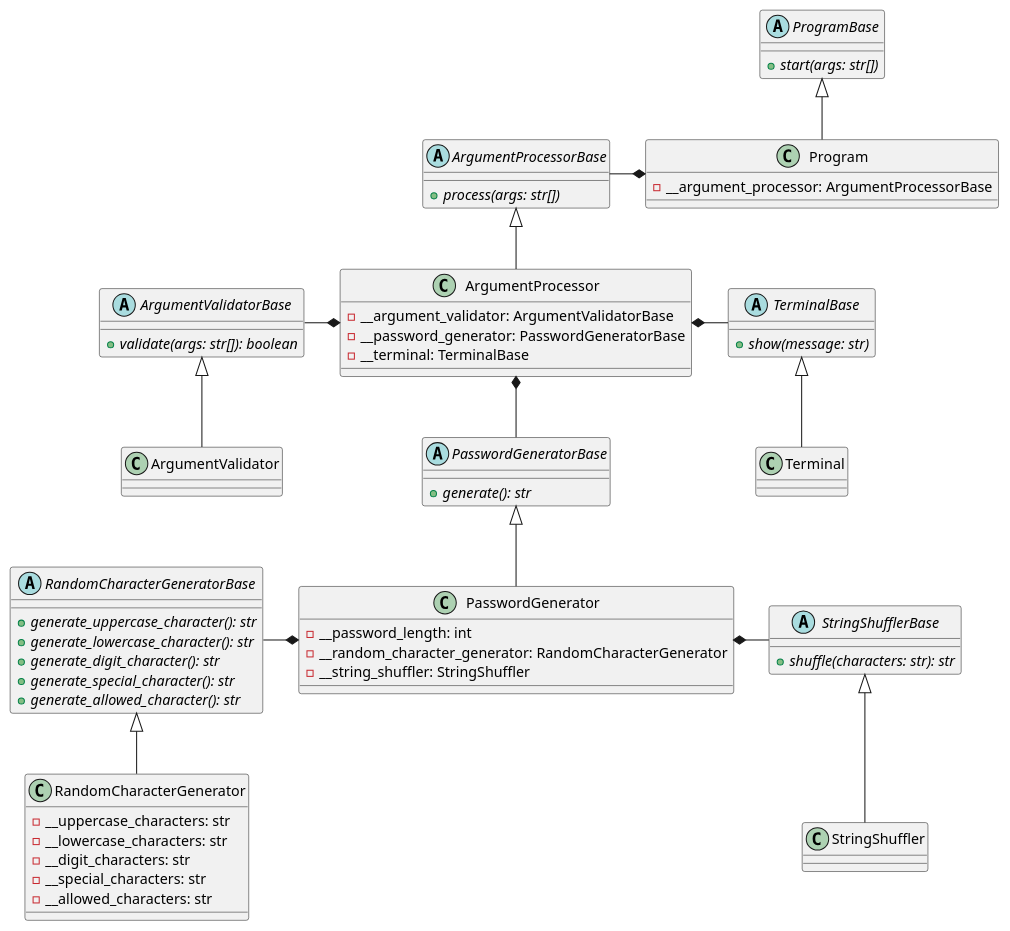
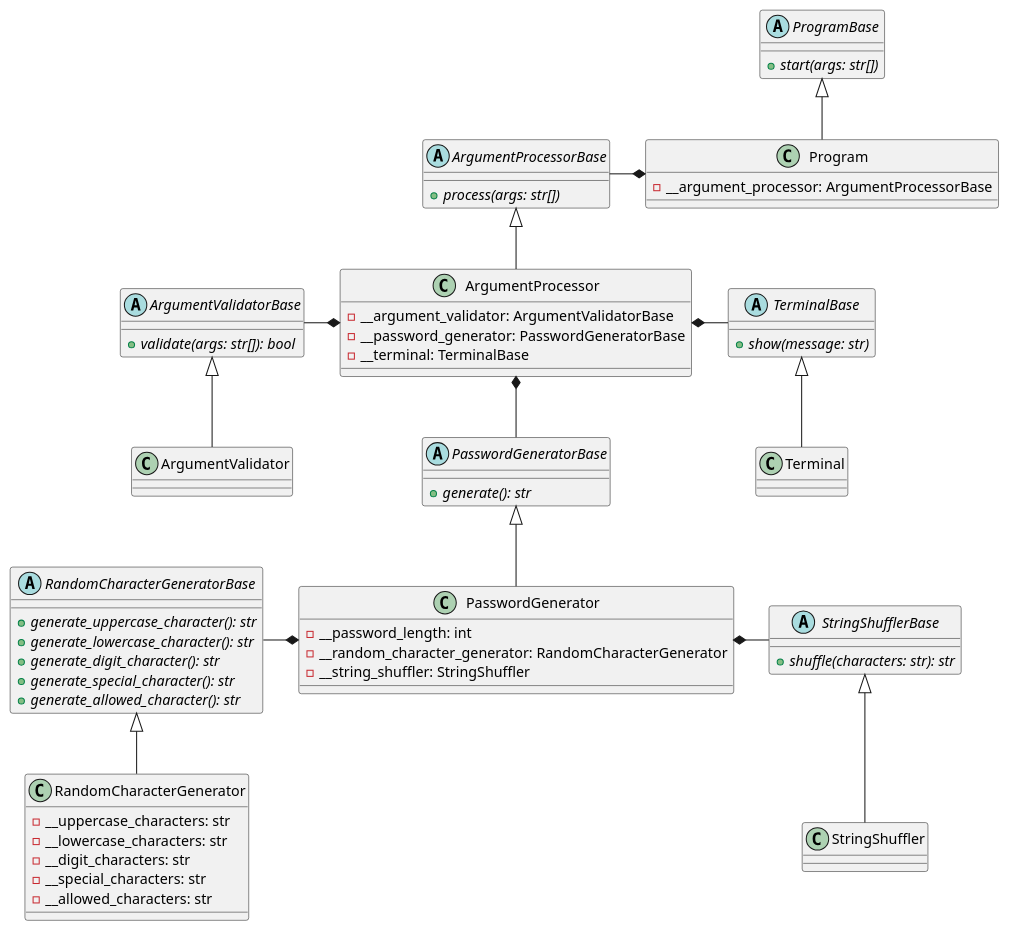
Before and after one commit to djvelimir/demo-python-cli: the diagram in diagrams/Class.puml, drawn with PlantUML.

Commit message:
Rename boolean type in class diagram

```diff
--- a/diagrams/Class.puml
+++ b/diagrams/Class.puml
@@ -1,83 +1,83 @@
 @startuml class
 abstract class ProgramBase {
     + {abstract} start(args: str[])
 }
 
 class Program {
     - __argument_processor: ArgumentProcessorBase
 }
 
 abstract class ArgumentValidatorBase {
-    + {abstract} validate(args: str[]): boolean
+    + {abstract} validate(args: str[]): bool
 }
 
 class ArgumentValidator {
 }
 
 abstract class ArgumentProcessorBase {
     + {abstract} process(args: str[])
 }
 
 class ArgumentProcessor {
     - __argument_validator: ArgumentValidatorBase
     - __password_generator: PasswordGeneratorBase
     - __terminal: TerminalBase
 }
 
 abstract class TerminalBase {
     + {abstract} show(message: str)
 }
 
 class Terminal {
 }
 
 abstract class PasswordGeneratorBase {
     + {abstract} generate(): str
 }
 
 class PasswordGenerator {
     - __password_length: int
     - __random_character_generator: RandomCharacterGenerator
     - __string_shuffler: StringShuffler
 }
 
 abstract class RandomCharacterGeneratorBase {
     + {abstract} generate_uppercase_character(): str
     + {abstract} generate_lowercase_character(): str
     + {abstract} generate_digit_character(): str
     + {abstract} generate_special_character(): str
     + {abstract} generate_allowed_character(): str
 }
 
 class RandomCharacterGenerator {
     - __uppercase_characters: str
     - __lowercase_characters: str
     - __digit_characters: str
     - __special_characters: str
     - __allowed_characters: str
 }
 
 abstract class StringShufflerBase {
     + {abstract} shuffle(characters: str): str
 }
 
 class StringShuffler {
 }
 
 ArgumentValidatorBase <|-- ArgumentValidator
 ArgumentProcessorBase <|-- ArgumentProcessor
 TerminalBase <|-- Terminal
 PasswordGeneratorBase <|-- PasswordGenerator
 RandomCharacterGeneratorBase <|-- RandomCharacterGenerator
 StringShufflerBase <|-- StringShuffler
 ProgramBase <|-- Program
 
 Program *--l ArgumentProcessorBase
 
 ArgumentProcessor *--l ArgumentValidatorBase
 ArgumentProcessor *--d PasswordGeneratorBase
 ArgumentProcessor *--r TerminalBase
 
 PasswordGenerator *--l RandomCharacterGeneratorBase
 PasswordGenerator *--r StringShufflerBase
 @enduml
```
